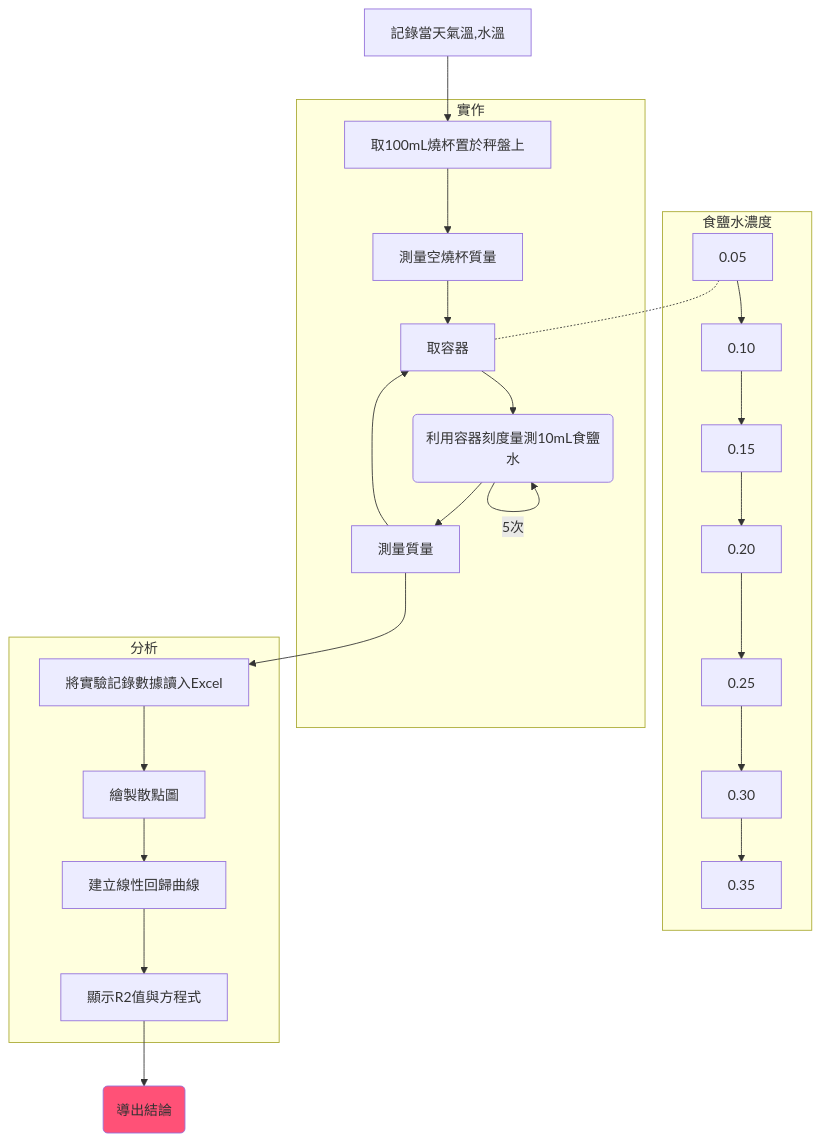
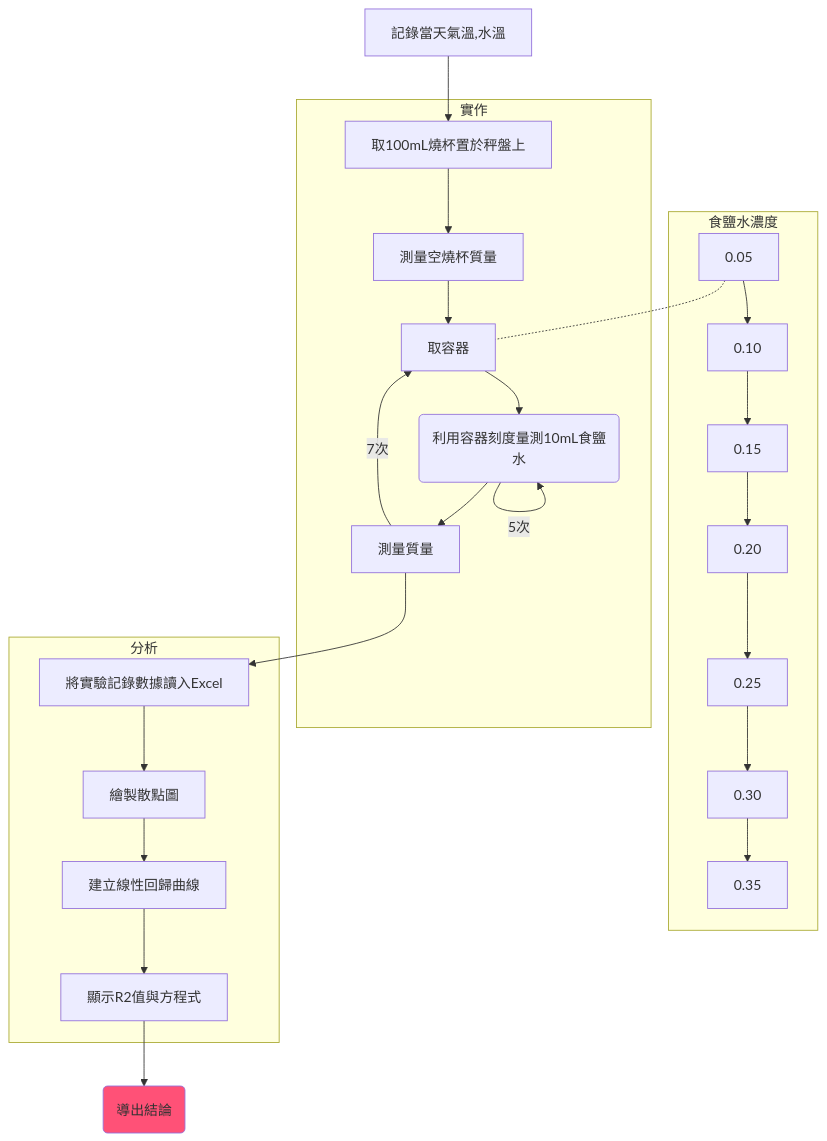
One commit to Ethane1755/Obsidian changed the diagram in Zettelkasten/自然探究.md. Above: the diagram before and after it, drawn with Mermaid.

Commit message:
Obsidian Backup 2021-09-22 13:01

````diff
--- a/Zettelkasten/自然探究.md
+++ b/Zettelkasten/自然探究.md
@@ -25,20 +25,20 @@
 ```mermaid
 graph TD
 記錄當天氣溫,水溫-->取100mL燒杯置於秤盤上
 subgraph 食鹽水濃度
 0.05-->0.10-->0.15-->0.20-->0.25-->0.30-->0.35
 end
 subgraph 實作
 取100mL燒杯置於秤盤上-->測量空燒杯質量-->取容器
 取容器-->id1(利用容器刻度量測10mL食鹽水)-->測量質量
 id1-->|5次|id1
 0.05-.-取容器
-測量質量-->取容器
+測量質量-->|7次|取容器
 end
 測量質量-->將實驗記錄數據讀入Excel
 subgraph 分析
 將實驗記錄數據讀入Excel-->繪製散點圖-->建立線性回歸曲線-->顯示R2值與方程式
 end
 顯示R2值與方程式-->id2(導出結論)
 style id2 fill:#FF5177
 ```
````
